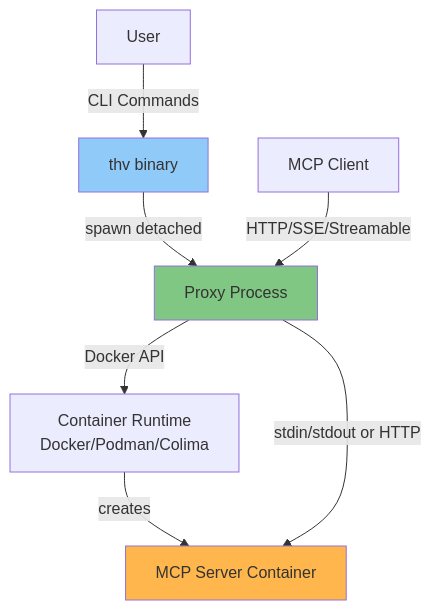
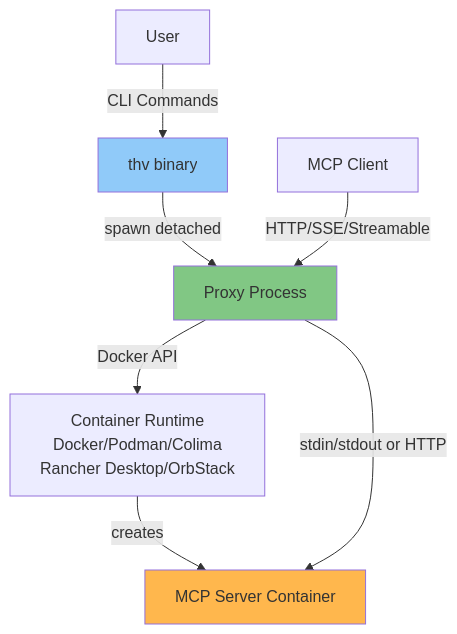
The second of 7 diagrams in docs/arch/01-deployment-modes.md (stacklok/toolhive), drawn with Mermaid before and after one commit. The commit also changed other lines of this file and 14 other files, not shown here.

````diff
--- a/docs/arch/01-deployment-modes.md
+++ b/docs/arch/01-deployment-modes.md
@@ -44,13 +44,13 @@
 ```mermaid
 graph TB
     User[User] -->|CLI Commands| THV[thv binary]
     THV -->|spawn detached| Proxy[Proxy Process]
-    Proxy -->|Docker API| Runtime[Container Runtime<br/>Docker/Podman/Colima]
+    Proxy -->|Docker API| Runtime[Container Runtime<br/>Docker/Podman/Colima<br/>Rancher Desktop/OrbStack]
     Runtime -->|creates| Container[MCP Server Container]
     Proxy -->|stdin/stdout or HTTP| Container
     Client[MCP Client] -->|HTTP/SSE/Streamable| Proxy
 
     style THV fill:#90caf9
     style Proxy fill:#81c784
     style Container fill:#ffb74d
 ```
````
